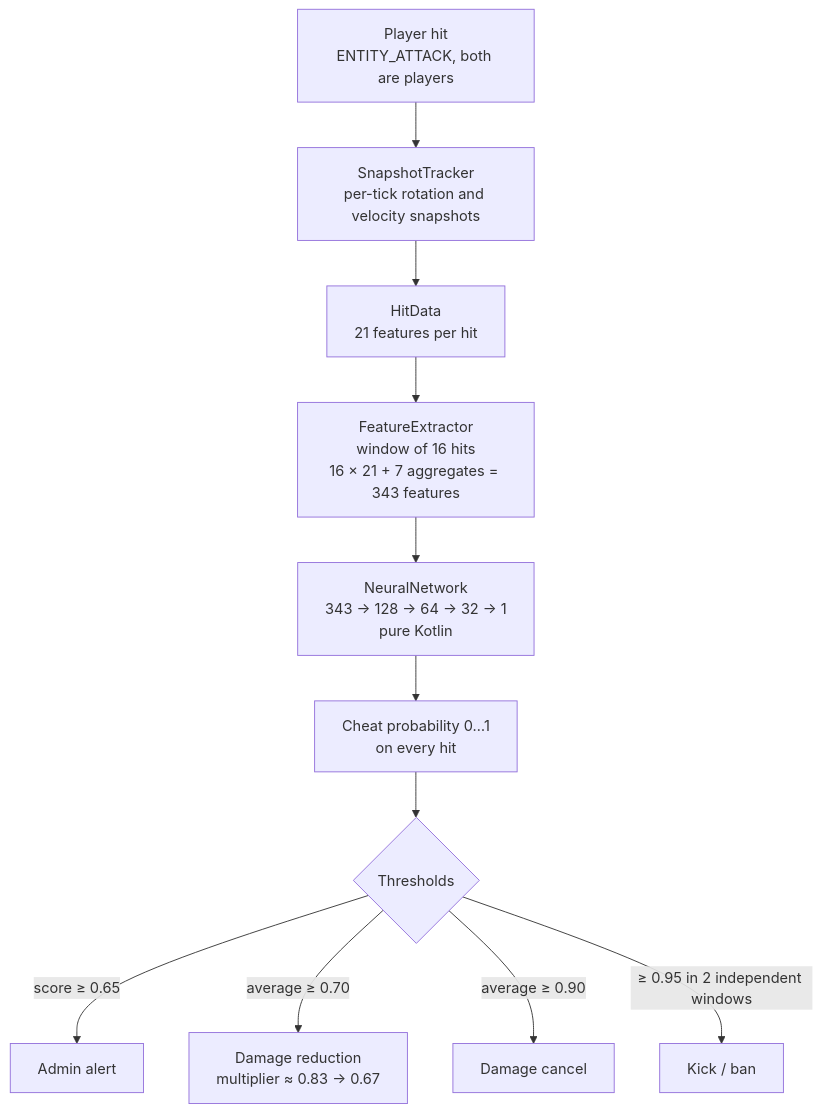
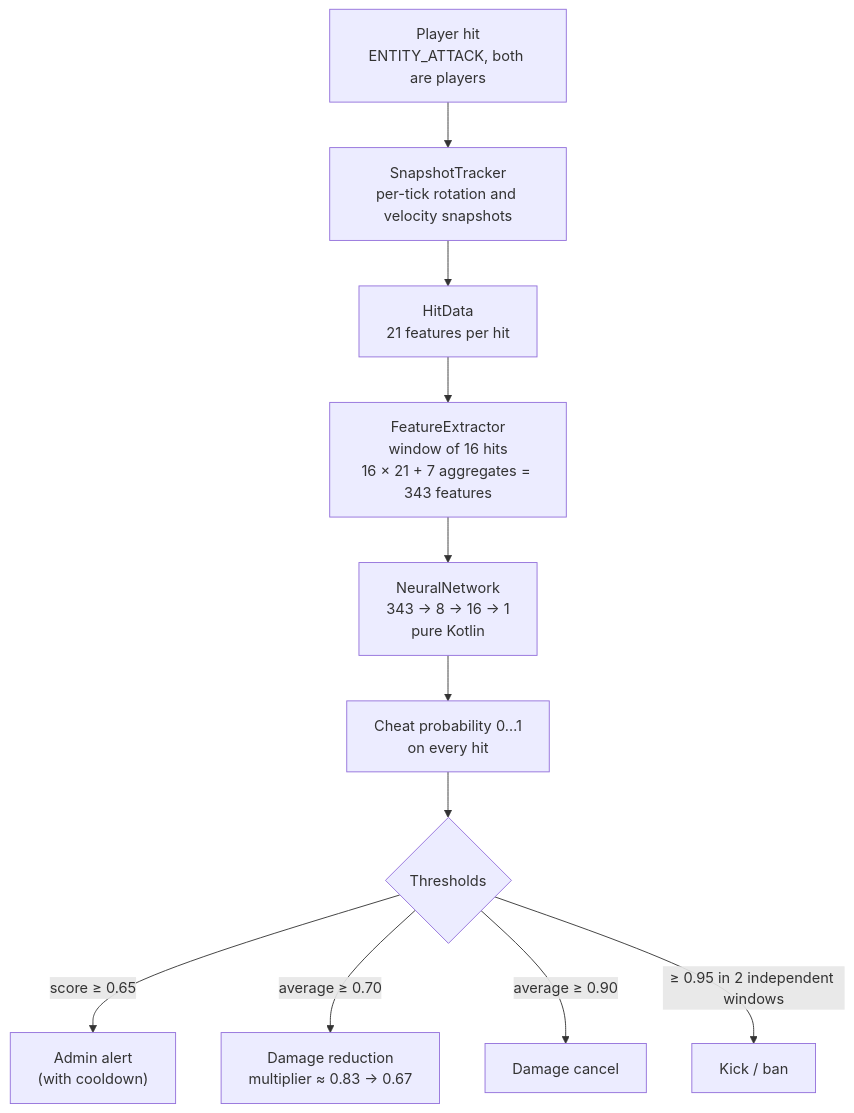
The diagram in README.en.md (6lGRUSHAl6/DaynAC), drawn with Mermaid before and after one commit. The commit also changed other lines of this file and 1 other file, not shown here.

````diff
--- a/README.en.md
+++ b/README.en.md
@@ -59,13 +62,13 @@
 ```mermaid
 flowchart TB
     hit["Player hit<br/>ENTITY_ATTACK, both are players"] --> track["SnapshotTracker<br/>per-tick rotation and velocity snapshots"]
     track --> hitdata["HitData<br/>21 features per hit"]
     hitdata --> feat["FeatureExtractor<br/>window of 16 hits<br/>16 × 21 + 7 aggregates = 343 features"]
-    feat --> nn["NeuralNetwork<br/>343 → 128 → 64 → 32 → 1<br/>pure Kotlin"]
+    feat --> nn["NeuralNetwork<br/>343 → 8 → 16 → 1<br/>pure Kotlin"]
     nn --> score["Cheat probability 0…1<br/>on every hit"]
     score --> rule{"Thresholds"}
-    rule -->|"score ≥ 0.65"| alert["Admin alert"]
+    rule -->|"score ≥ 0.65"| alert["Admin alert<br/>(with cooldown)"]
     rule -->|"average ≥ 0.70"| reduce["Damage reduction<br/>multiplier ≈ 0.83 → 0.67"]
     rule -->|"average ≥ 0.90"| cancel["Damage cancel"]
     rule -->|"≥ 0.95 in 2 independent windows"| punish["Kick / ban"]
 ```
````
